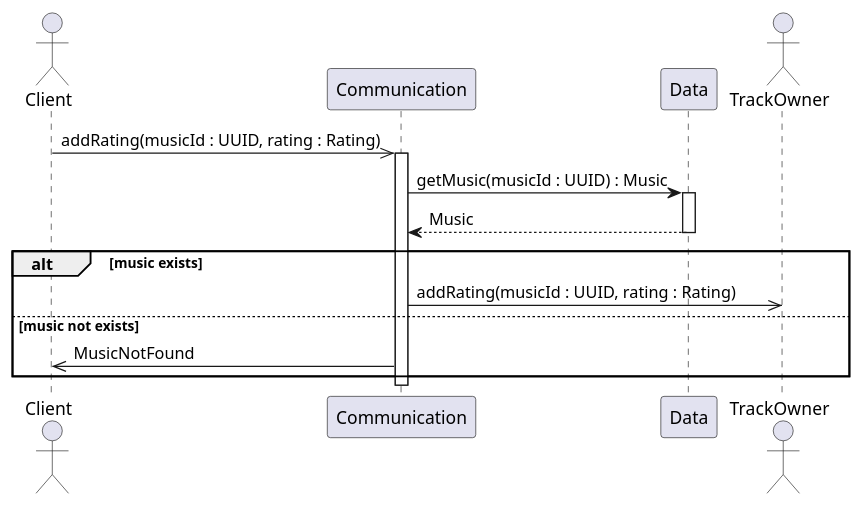
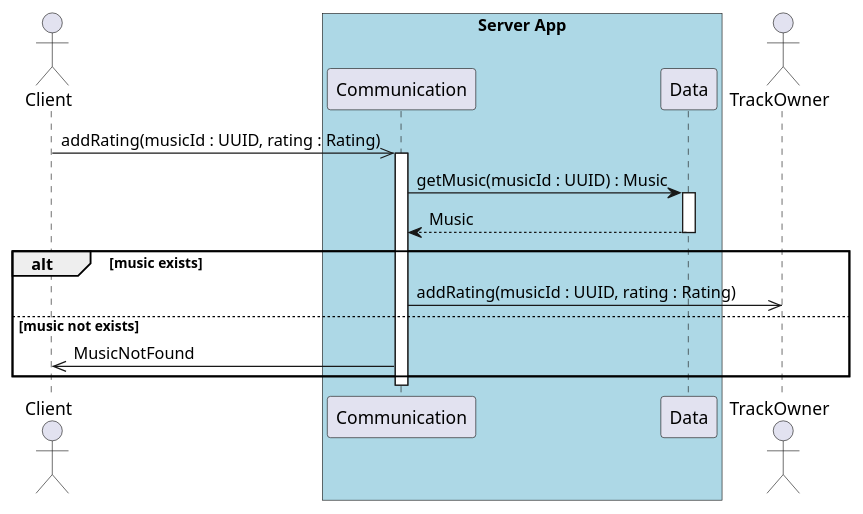
One commit to UTCAI12/Diagrams changed the diagram in sequence/4.1_add_rating_server.puml. Above: the diagram before and after it, drawn with PlantUML. The commit also changed 5 other files, not shown here.

```diff
--- a/sequence/4.1_add_rating_server.puml
+++ b/sequence/4.1_add_rating_server.puml
@@ -1,25 +1,27 @@
 @startuml 4.1 User add a rating to a music (server)
 
 actor Client as client
 
-participant Communication as com
-participant Data as data
+box "Server App" #LightBlue
+    participant Communication as com
+    participant Data as data
+end box
 
 actor TrackOwner as owner
 
 client ->> com : addRating(musicId : UUID, rating : Rating)
 
 activate com
 
 com -> data++ : getMusic(musicId : UUID) : Music
 return Music
 
 alt music exists
     com ->> owner : addRating(musicId : UUID, rating : Rating)
 else music not exists
     com ->> client : MusicNotFound
 end
 
 deactivate com
 
 @enduml
```
